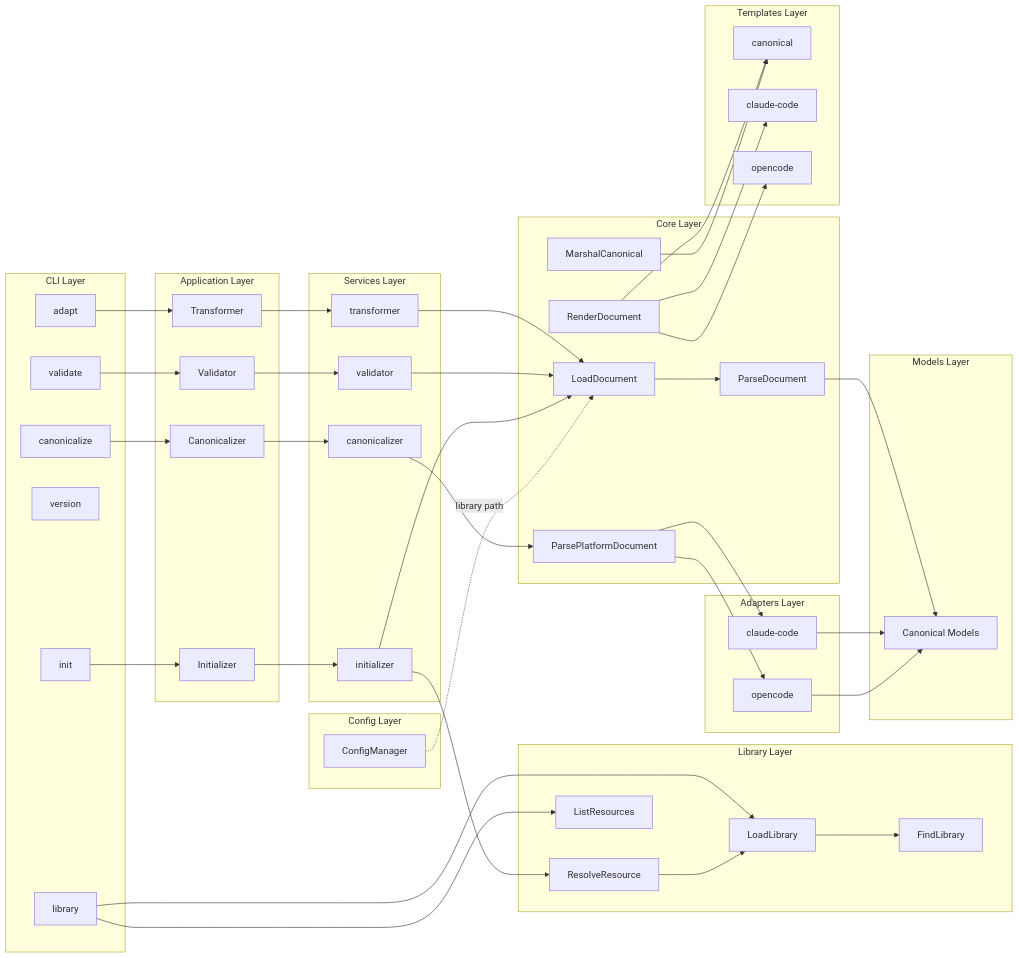
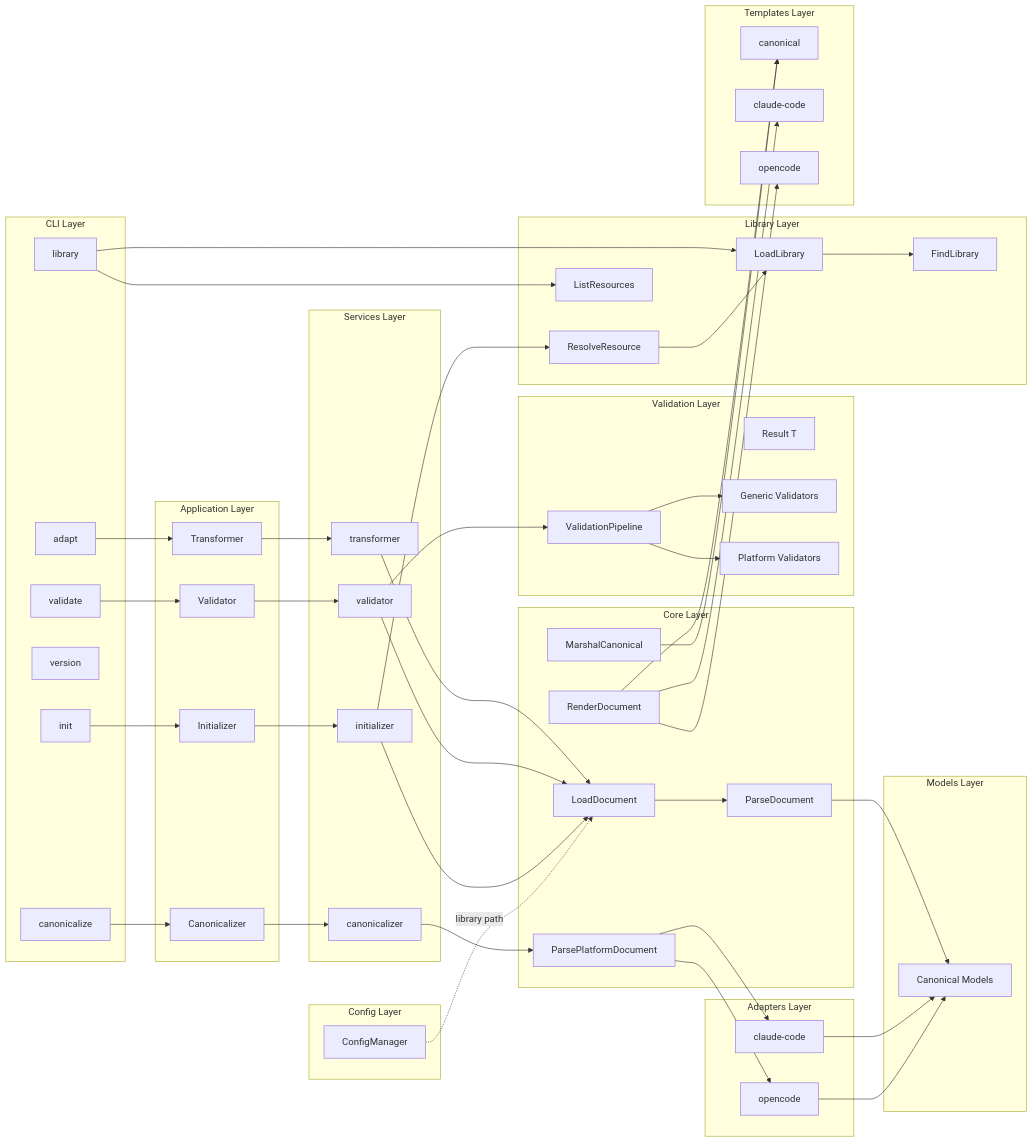
Before and after one commit to amauryconstant/germinator: the first of 2 diagrams in AGENTS.md, drawn with Mermaid. The commit also changed other lines of this file and 3 other files, not shown here.

First line of the commit message:
Update documentation for add-validation-pipeline change

```diff
--- a/AGENTS.md
+++ b/AGENTS.md
@@ -44,6 +44,13 @@
         MC[MarshalCanonical]
     end
 
+    subgraph VAL[Validation Layer]
+        RS[Result T]
+        VP[ValidationPipeline]
+        GV[Generic Validators]
+        PV[Platform Validators]
+    end
+
     subgraph CFG[Config Layer]
         CM[ConfigManager]
     end
@@ -75,6 +82,9 @@
     II --> IN
     ST --> LDc
     SV --> LDc
+    SV --> VP
+    VP --> GV
+    VP --> PV
     SC --> MP
     IN --> LDc
     IN --> LR
```
